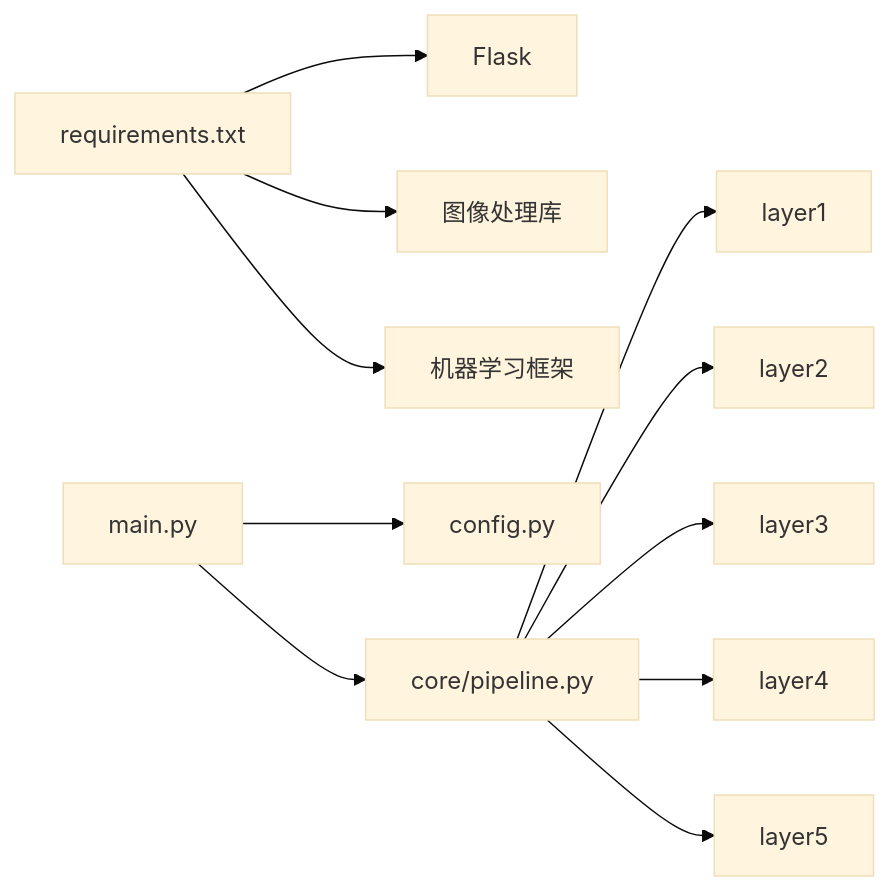
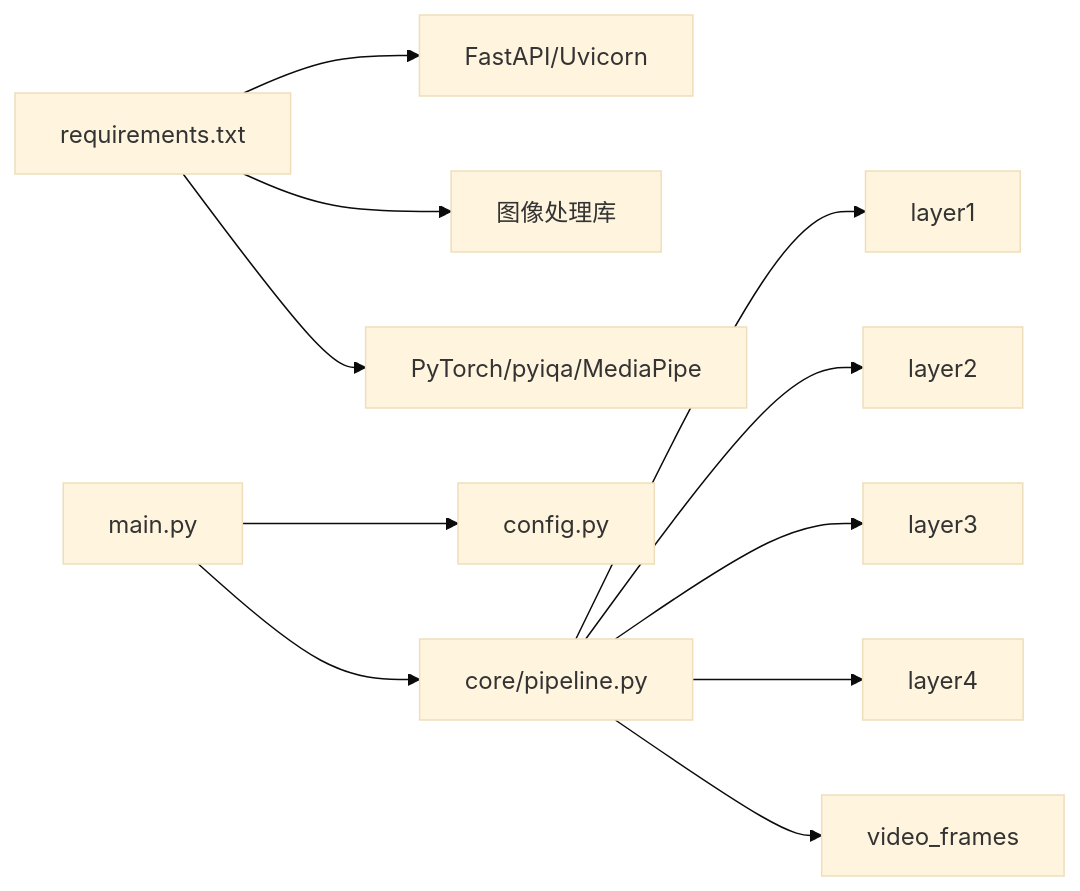
Before and after one commit to Frankynwa/photo-rank: the seventh of 7 diagrams in wiki/Web界面系统.md, drawn with Mermaid (base theme). The commit also changed other lines of this file and 7 other files, not shown here.

````diff
--- a/wiki/Web界面系统.md
+++ b/wiki/Web界面系统.md
@@ -329,13 +321,13 @@
 ```mermaid
 graph LR
-REQ["requirements.txt"] --> FLASK["Flask"]
+REQ["requirements.txt"] --> FAST["FastAPI/Uvicorn"]
 REQ --> IMG["图像处理库"]
-REQ --> ML["机器学习框架"]
+REQ --> ML["PyTorch/pyiqa/MediaPipe"]
 MAIN["main.py"] --> CFG["config.py"]
 MAIN --> PIPE["core/pipeline.py"]
 PIPE --> L1["layer1"]
 PIPE --> L2["layer2"]
 PIPE --> L3["layer3"]
 PIPE --> L4["layer4"]
-PIPE --> L5["layer5"]
+PIPE --> VF["video_frames"]
 ```
````
